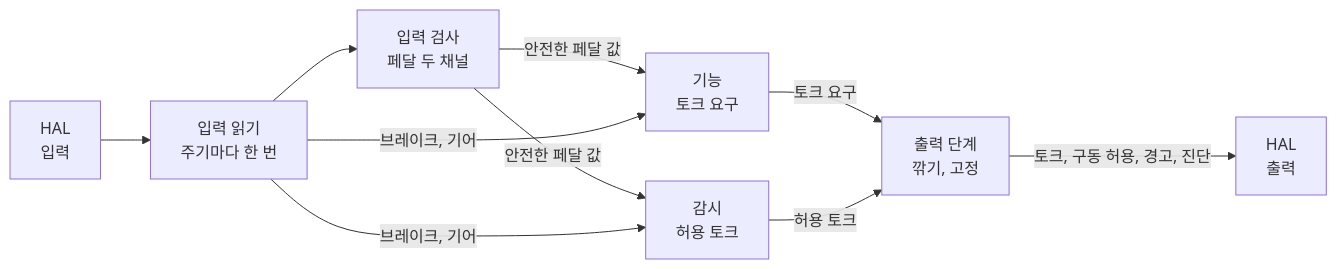
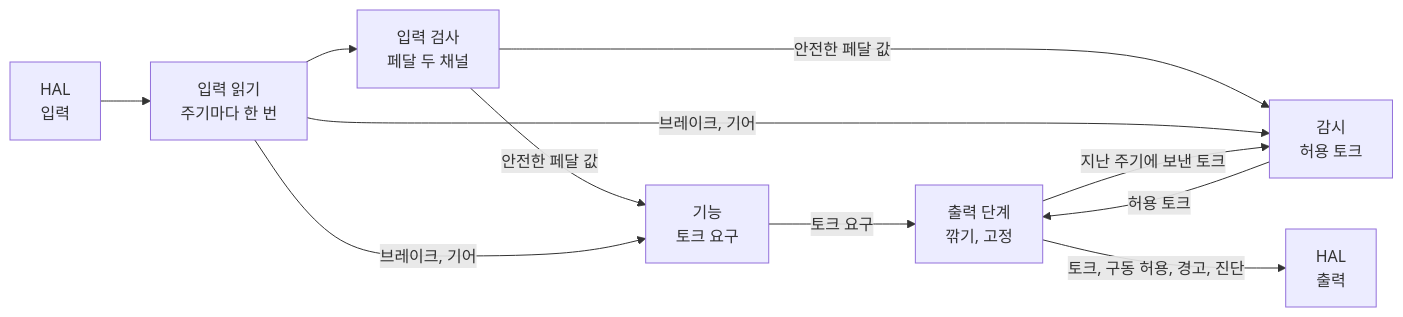
One commit to danielhongwoo/fusa changed the diagram in example/drive-torque/docs/technical-safety-concept.md. Above: the diagram before and after it, drawn with Mermaid. The commit also changed other lines of this file and 16 other files, not shown here.

````diff
--- a/example/drive-torque/docs/technical-safety-concept.md
+++ b/example/drive-torque/docs/technical-safety-concept.md
@@ -10,19 +10,20 @@
 ```mermaid
 flowchart LR
     HALIN["HAL<br/>입력"]
     READ["입력 읽기<br/>주기마다 한 번"]
     CHK["입력 검사<br/>페달 두 채널"]
     APP["기능<br/>토크 요구"]
     MON["감시<br/>허용 토크"]
     OUT["출력 단계<br/>깎기, 고정"]
     HALOUT["HAL<br/>출력"]
     HALIN --> READ
     READ --> CHK
     CHK -- "안전한 페달 값" --> APP
     CHK -- "안전한 페달 값" --> MON
     READ -- "브레이크, 기어" --> APP
     READ -- "브레이크, 기어" --> MON
     APP -- "토크 요구" --> OUT
     MON -- "허용 토크" --> OUT
+    OUT -- "지난 주기에 보낸 토크" --> MON
     OUT -- "토크, 구동 허용, 경고, 진단" --> HALOUT
 ```
````
